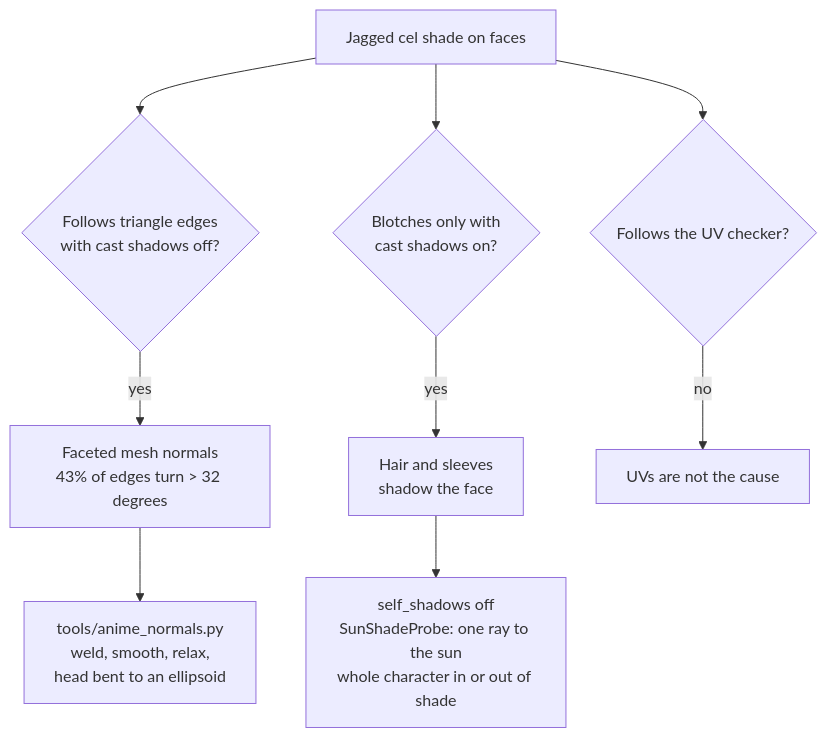
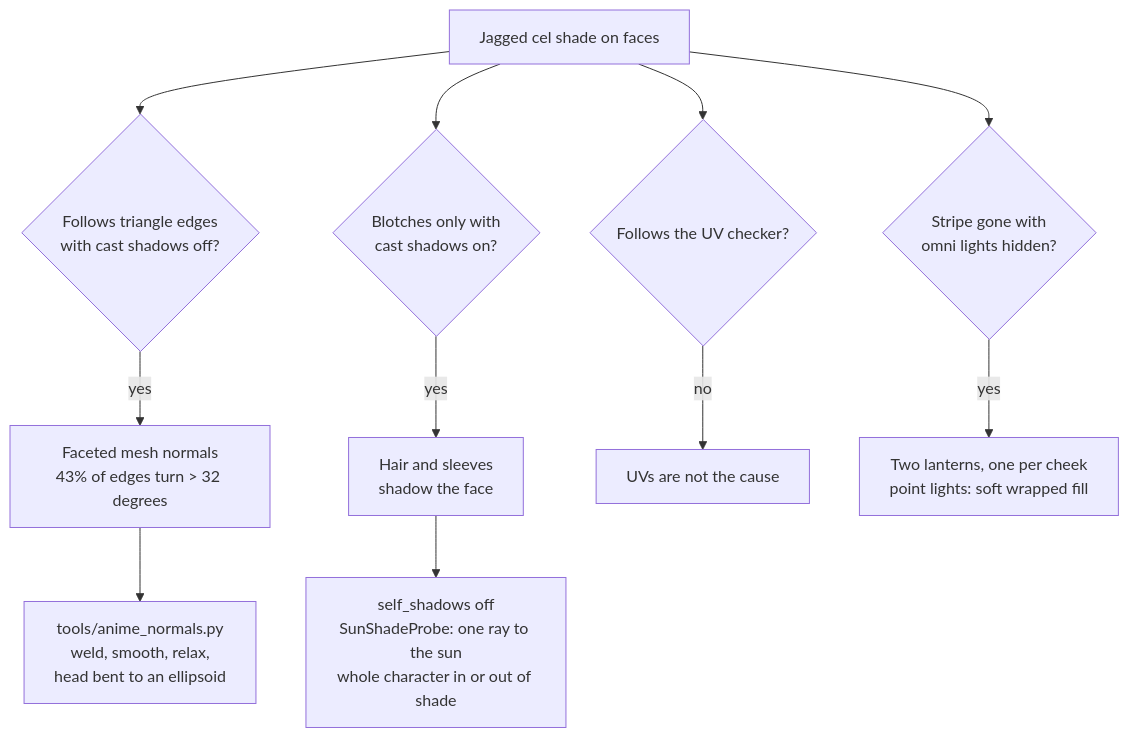
One commit to jgyy/trixian changed diagram 11 of 15 in docs/architecture.md. Above: the diagram before and after it, drawn with Mermaid. The commit also changed other lines of this file and 2 other files, not shown here.

First line of the commit message:
Give lanterns soft wrapped light under the cel shader

````diff
--- a/docs/architecture.md
+++ b/docs/architecture.md
@@ -359,11 +365,13 @@
 ```mermaid
 flowchart TD
     edge["Jagged cel shade on faces"] --> q1{"Follows triangle edges<br/>with cast shadows off?"}
     q1 -- yes --> normals["Faceted mesh normals<br/>43% of edges turn > 32 degrees"]
     normals --> tool["tools/anime_normals.py<br/>weld, smooth, relax,<br/>head bent to an ellipsoid"]
     edge --> q2{"Blotches only with<br/>cast shadows on?"}
     q2 -- yes --> self["Hair and sleeves<br/>shadow the face"]
     self --> probe["self_shadows off<br/>SunShadeProbe: one ray to the sun<br/>whole character in or out of shade"]
     edge --> q3{"Follows the UV checker?"}
     q3 -- no --> uv["UVs are not the cause"]
+    edge --> q4{"Stripe gone with<br/>omni lights hidden?"}
+    q4 -- yes --> lamps["Two lanterns, one per cheek<br/>point lights: soft wrapped fill"]
 ```
````
